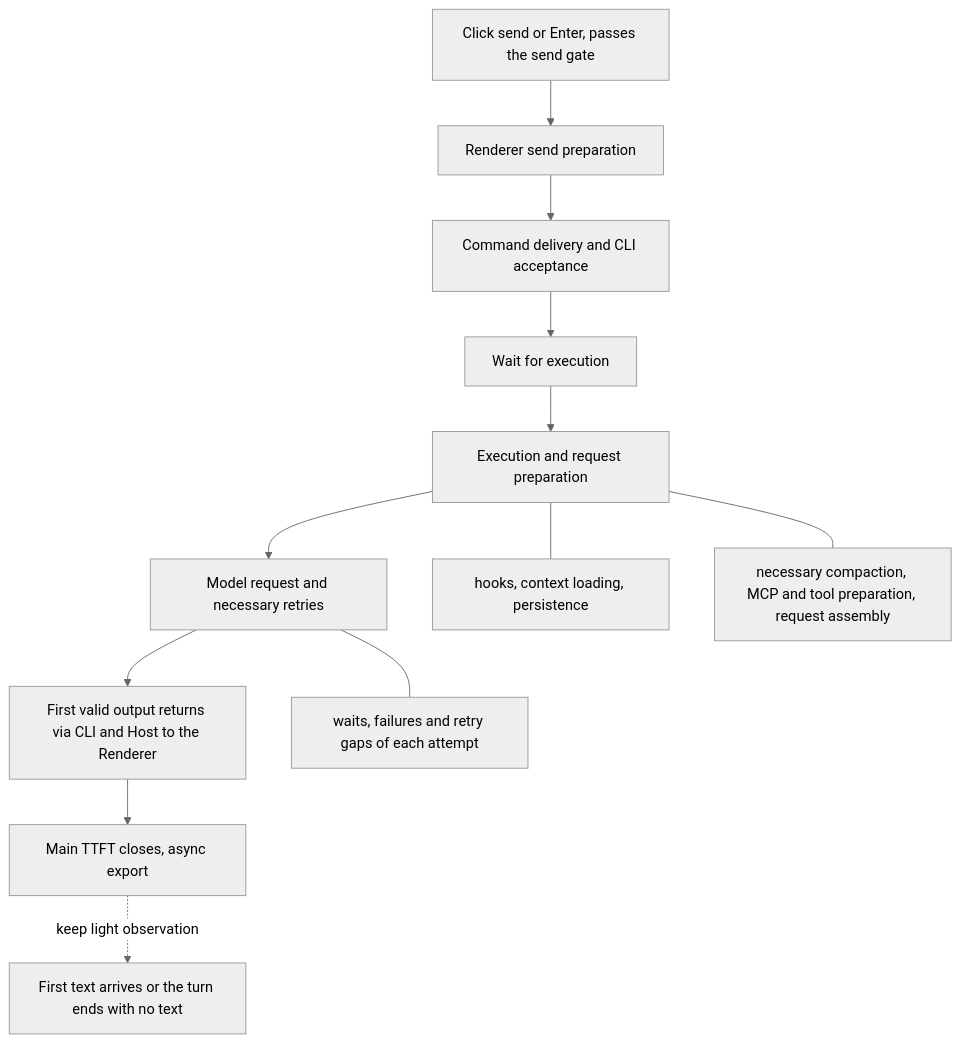
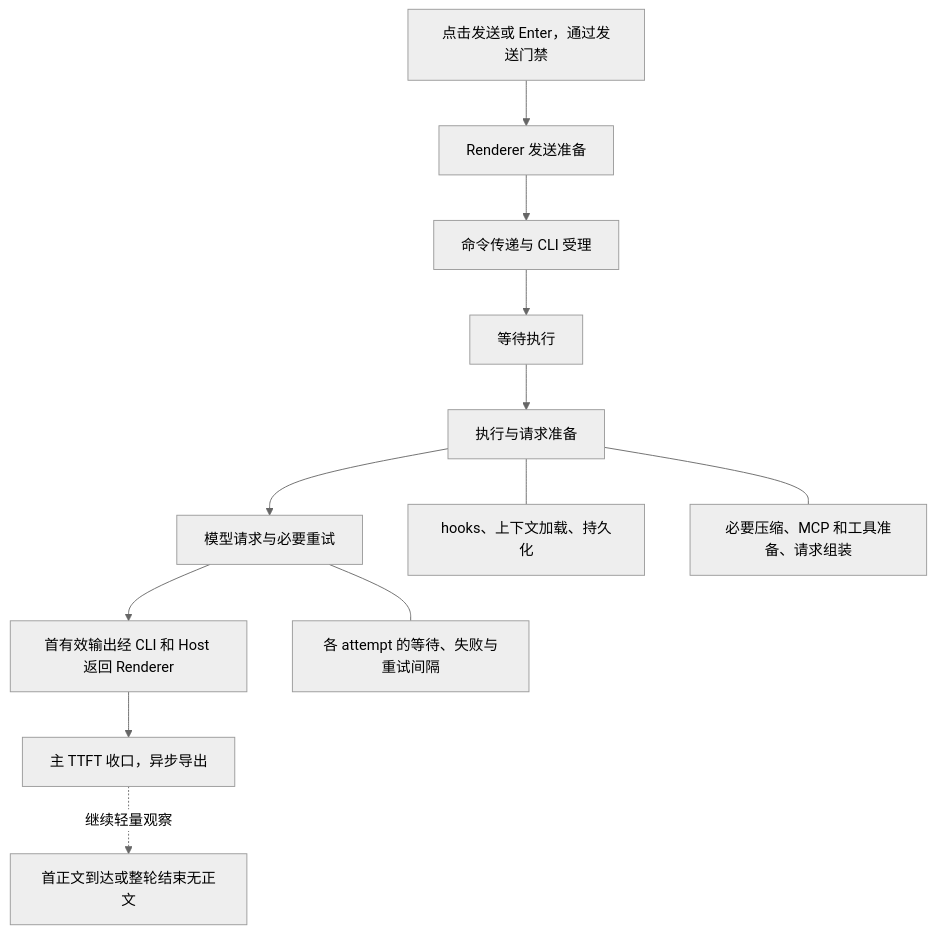
The diagram in docs/monitoring/ttft-stage-telemetry.md (osben/ZCode), drawn with Mermaid (neutral theme) before and after one commit. The commit also changed other lines of this file and 5391 other files, not shown here.

````diff
--- a/docs/monitoring/ttft-stage-telemetry.md
+++ b/docs/monitoring/ttft-stage-telemetry.md
@@ -36,14 +91,14 @@
 ```mermaid
 flowchart TD
-    A[Click send or Enter, passes the send gate] --> B[Renderer send preparation]
-    B --> C[Command delivery and CLI acceptance]
-    C --> D[Wait for execution]
-    D --> E[Execution and request preparation]
-    E --> F[Model request and necessary retries]
-    F --> G[First valid output returns via CLI and Host to the Renderer]
-    G --> H[Main TTFT closes, async export]
-    H -. keep light observation .-> I[First text arrives or the turn ends with no text]
-    E --- E1[hooks, context loading, persistence]
-    E --- E2[necessary compaction, MCP and tool preparation, request assembly]
-    F --- F1[waits, failures and retry gaps of each attempt]
+    A[点击发送或 Enter，通过发送门禁] --> B[Renderer 发送准备]
+    B --> C[命令传递与 CLI 受理]
+    C --> D[等待执行]
+    D --> E[执行与请求准备]
+    E --> F[模型请求与必要重试]
+    F --> G[首有效输出经 CLI 和 Host 返回 Renderer]
+    G --> H[主 TTFT 收口，异步导出]
+    H -. 继续轻量观察 .-> I[首正文到达或整轮结束无正文]
+    E --- E1[hooks、上下文加载、持久化]
+    E --- E2[必要压缩、MCP 和工具准备、请求组装]
+    F --- F1[各 attempt 的等待、失败与重试间隔]
 ```
````
